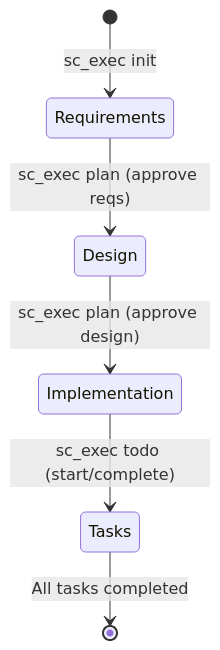
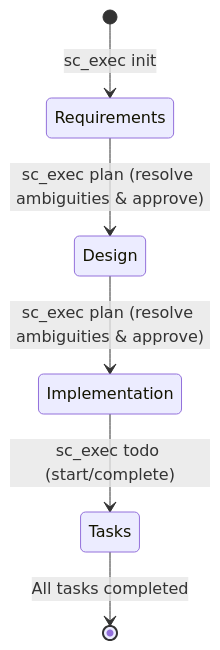
Before and after one commit to benjamesmurray/mcp-spec-cli: the diagram in README.md, drawn with Mermaid. The commit also changed other lines of this file and 22 other files, not shown here.

````diff
--- a/README.md
+++ b/README.md
@@ -22,8 +23,8 @@
 ```mermaid
 stateDiagram-v2
     [*] --> Requirements: sc_exec init
-    Requirements --> Design: sc_exec plan (approve reqs)
-    Design --> Implementation: sc_exec plan (approve design)
+    Requirements --> Design: sc_exec plan (resolve ambiguities & approve)
+    Design --> Implementation: sc_exec plan (resolve ambiguities & approve)
     Implementation --> Tasks: sc_exec todo (start/complete)
     Tasks --> [*]: All tasks completed
 ```
````
